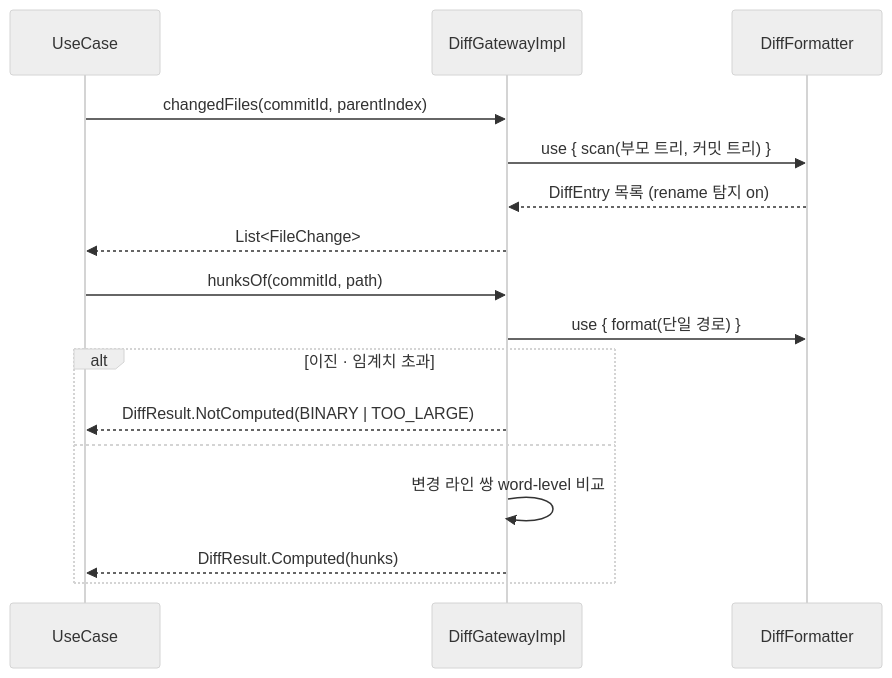
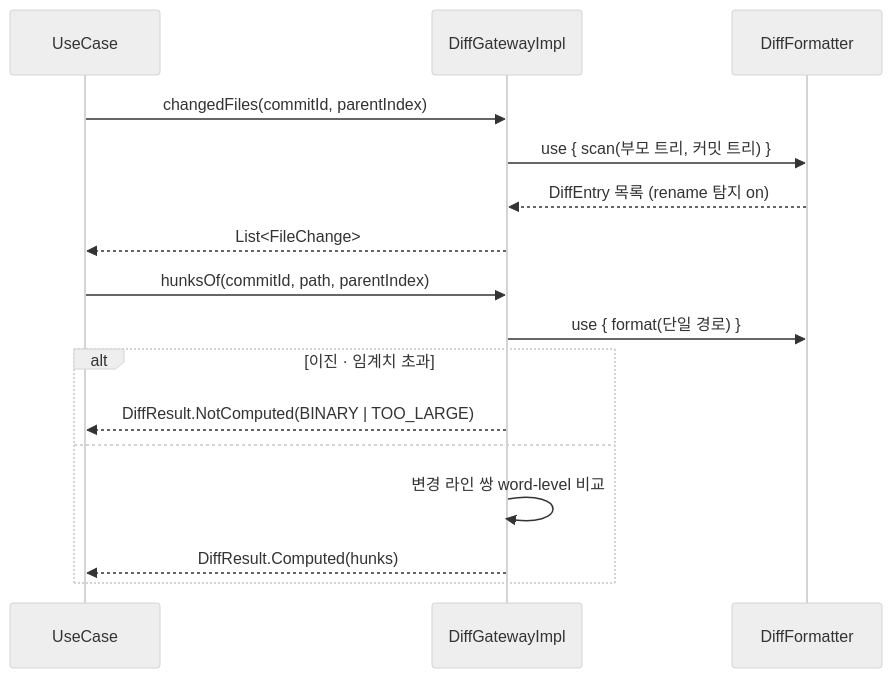
The first of 2 diagrams in tickets/UND-05-diff-computation.md (biuea3866/gitkraken-clone-app), drawn with Mermaid (neutral theme) before and after one commit. The commit also changed 8 other files, not shown here.

````diff
--- a/tickets/UND-05-diff-computation.md
+++ b/tickets/UND-05-diff-computation.md
@@ -27,18 +27,18 @@
 ```mermaid
 sequenceDiagram
     participant UC as UseCase
     participant GW as DiffGatewayImpl
     participant DF as DiffFormatter
     UC->>GW: changedFiles(commitId, parentIndex)
     GW->>DF: use { scan(부모 트리, 커밋 트리) }
     DF-->>GW: DiffEntry 목록 (rename 탐지 on)
     GW-->>UC: List<FileChange>
-    UC->>GW: hunksOf(commitId, path)
+    UC->>GW: hunksOf(commitId, path, parentIndex)
     GW->>DF: use { format(단일 경로) }
     alt 이진 · 임계치 초과
         GW-->>UC: DiffResult.NotComputed(BINARY | TOO_LARGE)
     else
         GW->>GW: 변경 라인 쌍 word-level 비교
         GW-->>UC: DiffResult.Computed(hunks)
     end
 ```
````
